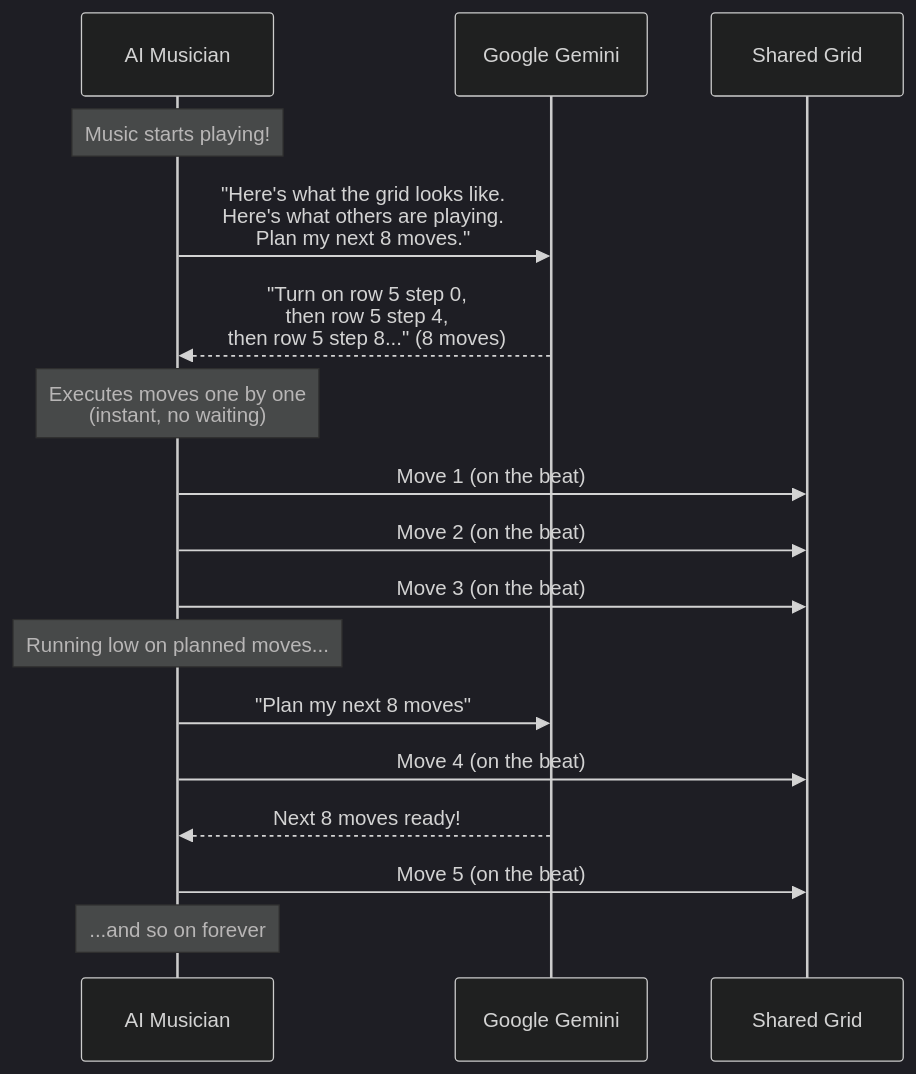
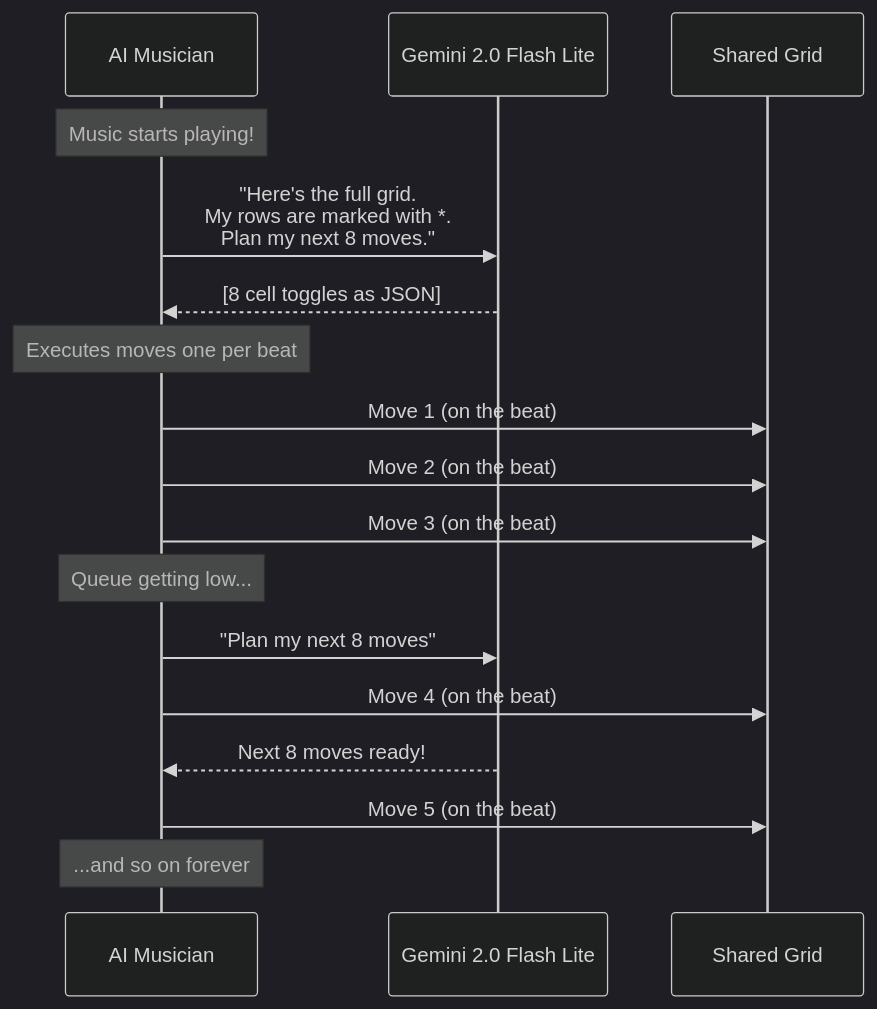
One commit to epiminds-music-agents/live-jam-space changed the fourth of 7 diagrams in ARCHITECTURE.md. Above: the diagram before and after it, drawn with Mermaid (dark theme). The commit also changed other lines of this file, not shown here.

First line of the commit message:
Update ARCHITECTURE.md to reflect current implementation

````diff
--- a/ARCHITECTURE.md
+++ b/ARCHITECTURE.md
@@ -113,23 +114,23 @@
 ```mermaid
 sequenceDiagram
     participant Agent as AI Musician
-    participant Gemini as Google Gemini
+    participant Gemini as Gemini 2.0 Flash Lite
     participant Grid as Shared Grid
 
     Note over Agent: Music starts playing!
 
-    Agent->>Gemini: "Here's what the grid looks like.<br/>Here's what others are playing.<br/>Plan my next 8 moves."
-    Gemini-->>Agent: "Turn on row 5 step 0,<br/>then row 5 step 4,<br/>then row 5 step 8..." (8 moves)
+    Agent->>Gemini: "Here's the full grid.<br/>My rows are marked with *.<br/>Plan my next 8 moves."
+    Gemini-->>Agent: [8 cell toggles as JSON]
 
-    Note over Agent: Executes moves one by one<br/>(instant, no waiting)
+    Note over Agent: Executes moves one per beat
 
     Agent->>Grid: Move 1 (on the beat)
     Agent->>Grid: Move 2 (on the beat)
     Agent->>Grid: Move 3 (on the beat)
-    Note over Agent: Running low on planned moves...
+    Note over Agent: Queue getting low...
     Agent->>Gemini: "Plan my next 8 moves"
     Agent->>Grid: Move 4 (on the beat)
     Gemini-->>Agent: Next 8 moves ready!
     Agent->>Grid: Move 5 (on the beat)
     Note over Agent: ...and so on forever
 ```
````
